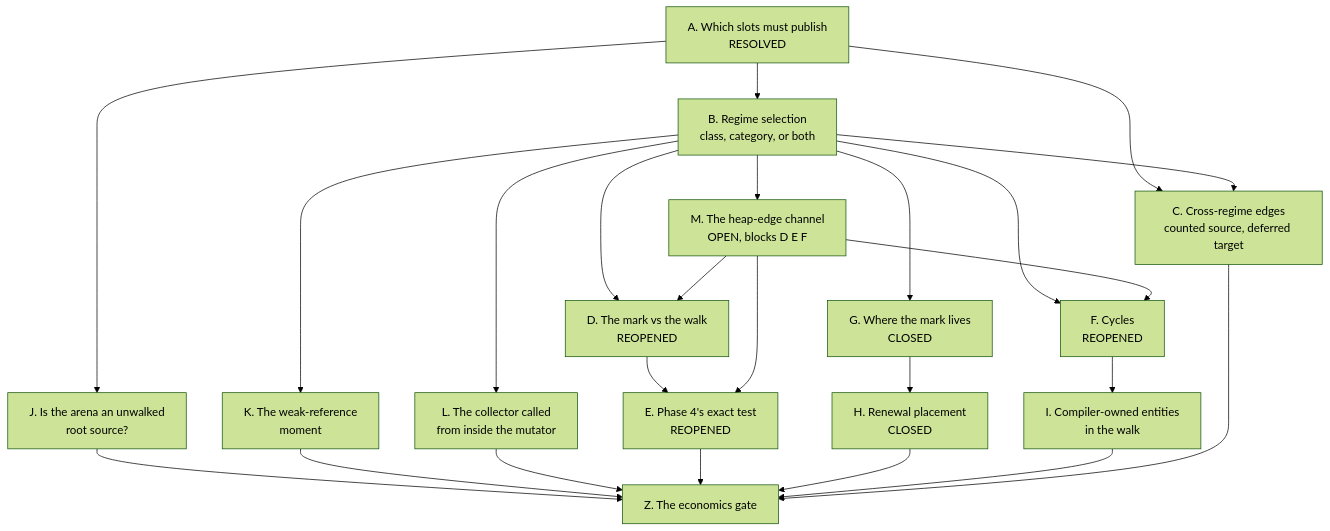
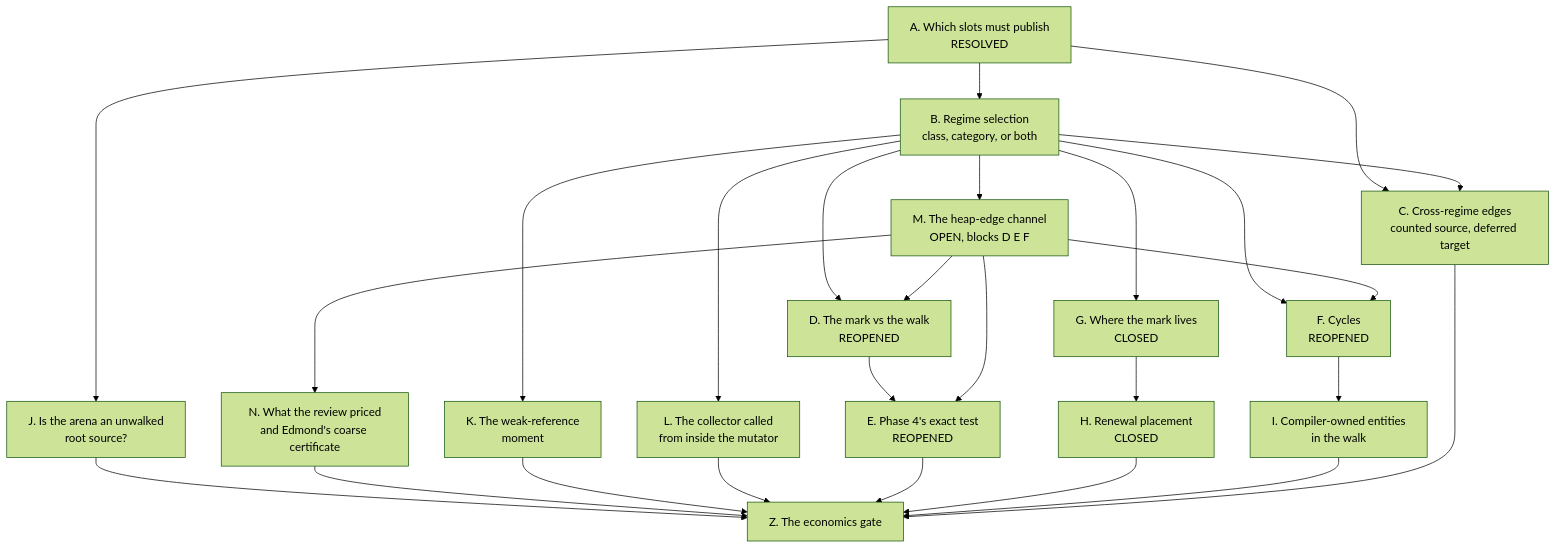
Before and after one commit to limelight-lang/rfc: the diagram in model/gc/gc-horizon-v2/questions.md, drawn with Mermaid (forest theme). The commit also changed other lines of this file and 1 other file, not shown here.

Commit message:
gc: record the second review's arithmetic and the coarse-certificate idea

````diff
--- a/model/gc/gc-horizon-v2/questions.md
+++ b/model/gc/gc-horizon-v2/questions.md
@@ -9,41 +9,44 @@
 ```mermaid
 graph TD
     A["A. Which slots must publish<br/>RESOLVED"]
     B["B. Regime selection<br/>class, category, or both"]
     C["C. Cross-regime edges<br/>counted source, deferred target"]
     D["D. The mark vs the walk<br/>REOPENED"]
     E["E. Phase 4's exact test<br/>REOPENED"]
     F["F. Cycles<br/>REOPENED"]
     G["G. Where the mark lives<br/>CLOSED"]
     H["H. Renewal placement<br/>CLOSED"]
     I["I. Compiler-owned entities<br/>in the walk"]
     J["J. Is the arena an unwalked<br/>root source?"]
     M["M. The heap-edge channel<br/>OPEN, blocks D E F"]
+    N2["N. What the review priced<br/>and Edmond's coarse certificate"]
     K["K. The weak-reference<br/>moment"]
     L["L. The collector called<br/>from inside the mutator"]
     Z["Z. The economics gate"]
 
     A --> B
     A --> C
     B --> C
     B --> D
     B --> F
     B --> G
     D --> E
     F --> I
     G --> H
     A --> J
     J --> Z
     B --> M
+    M --> N2
+    N2 --> Z
     M --> D
     M --> E
     M --> F
     B --> K
     K --> Z
     B --> L
     L --> Z
     E --> Z
     H --> Z
     I --> Z
     C --> Z
 ```
````
